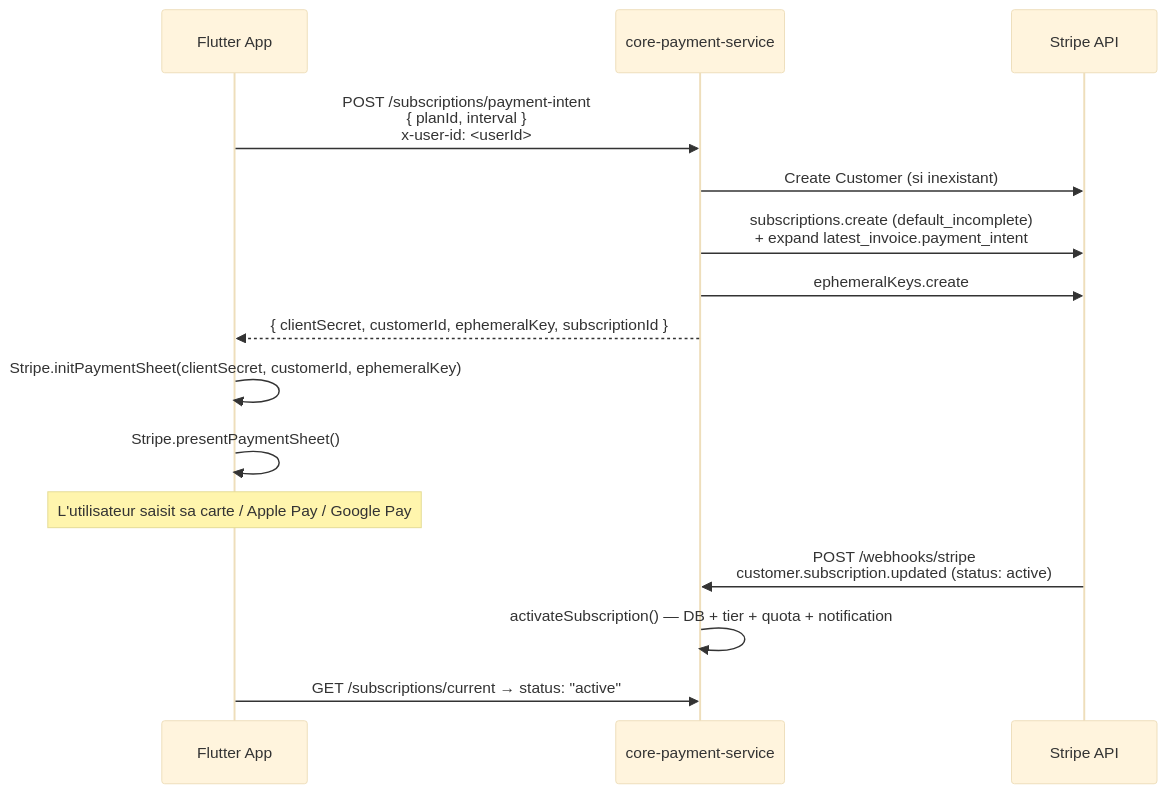
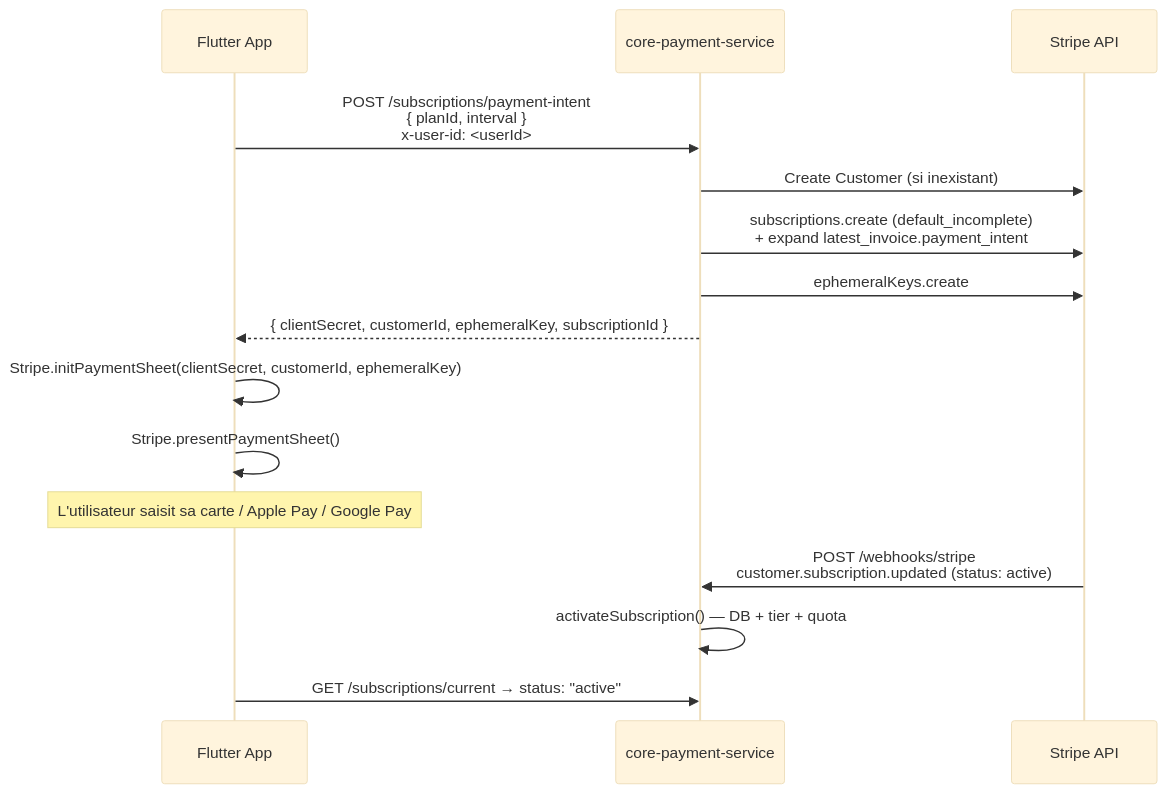
Before and after one commit to VisioBook-ESP/core-payment-service: the third of 3 diagrams in README.md, drawn with Mermaid (base theme). The commit also changed other lines of this file and 9 other files, not shown here.

````diff
--- a/README.md
+++ b/README.md
@@ -402,21 +396,21 @@
 ```mermaid
 sequenceDiagram
     participant F as Flutter App
     participant PS as core-payment-service
     participant STRIPE as Stripe API
 
     F->>PS: POST /subscriptions/payment-intent<br/>{ planId, interval }<br/>x-user-id: <userId>
     PS->>STRIPE: Create Customer (si inexistant)
     PS->>STRIPE: subscriptions.create (default_incomplete)<br/>+ expand latest_invoice.payment_intent
     PS->>STRIPE: ephemeralKeys.create
     PS-->>F: { clientSecret, customerId, ephemeralKey, subscriptionId }
 
     F->>F: Stripe.initPaymentSheet(clientSecret, customerId, ephemeralKey)
     F->>F: Stripe.presentPaymentSheet()
     Note over F: L'utilisateur saisit sa carte / Apple Pay / Google Pay
 
     STRIPE->>PS: POST /webhooks/stripe<br/>customer.subscription.updated (status: active)
-    PS->>PS: activateSubscription() — DB + tier + quota + notification
+    PS->>PS: activateSubscription() — DB + tier + quota
 
     F->>PS: GET /subscriptions/current → status: "active"
 ```
````
